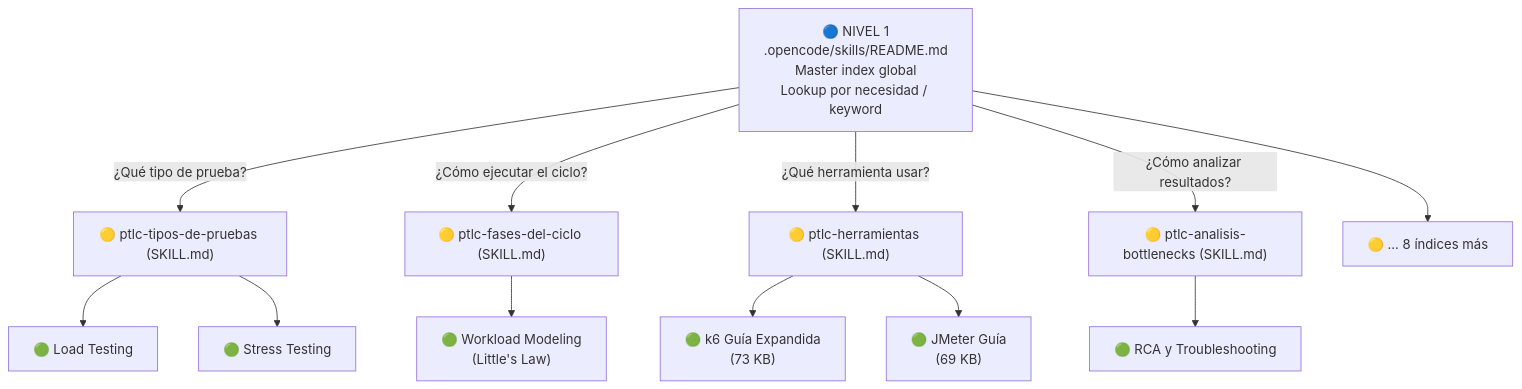
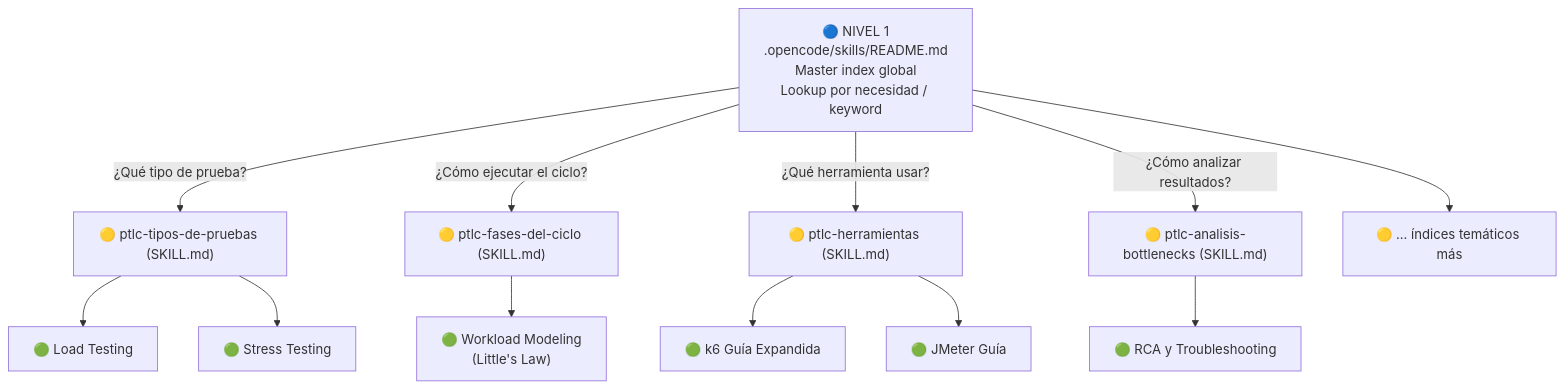
One commit to criquil/Intelligent_Performance_Test_Orchstrator changed the sixth of 7 diagrams in .opencode/skills/ptlc-arquitectura-mapas/MAP.md. Above: the diagram before and after it, drawn with Mermaid. The commit also changed other lines of this file and 46 other files, not shown here.

````diff
--- a/.opencode/skills/ptlc-arquitectura-mapas/MAP.md
+++ b/.opencode/skills/ptlc-arquitectura-mapas/MAP.md
@@ -232,30 +287,30 @@
 ```mermaid
 graph TD
     N1["🔵 NIVEL 1\n.opencode/skills/README.md\nMaster index global\nLookup por necesidad / keyword"]
 
     N2A["🟡 ptlc-tipos-de-pruebas (SKILL.md)"]
     N2B["🟡 ptlc-fases-del-ciclo (SKILL.md)"]
     N2C["🟡 ptlc-herramientas (SKILL.md)"]
     N2D["🟡 ptlc-analisis-bottlenecks (SKILL.md)"]
-    N2E["🟡 ... 8 índices más"]
+    N2E["🟡 ... índices temáticos más"]
 
     N3A["🟢 Load Testing"]
     N3B["🟢 Stress Testing"]
-    N3C["🟢 k6 Guía Expandida\n(73 KB)"]
-    N3D["🟢 JMeter Guía\n(69 KB)"]
+    N3C["🟢 k6 Guía Expandida"]
+    N3D["🟢 JMeter Guía"]
     N3E["🟢 RCA y Troubleshooting"]
     N3F["🟢 Workload Modeling\n(Little's Law)"]
 
     N1 -->|"¿Qué tipo de prueba?"| N2A
     N1 -->|"¿Cómo ejecutar el ciclo?"| N2B
     N1 -->|"¿Qué herramienta usar?"| N2C
     N1 -->|"¿Cómo analizar resultados?"| N2D
     N1 --> N2E
 
     N2A --> N3A
     N2A --> N3B
     N2C --> N3C
     N2C --> N3D
     N2D --> N3E
     N2B --> N3F
 ```
````
